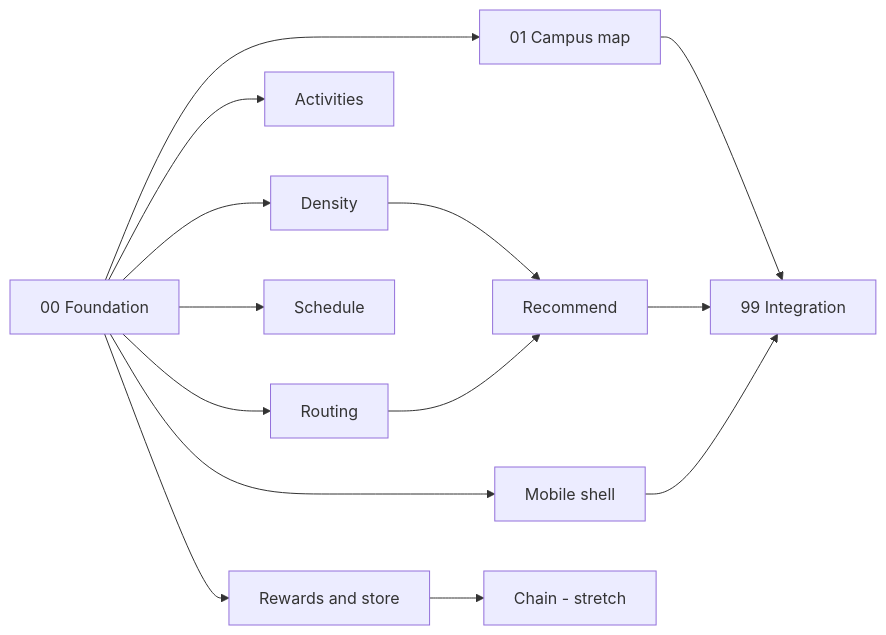
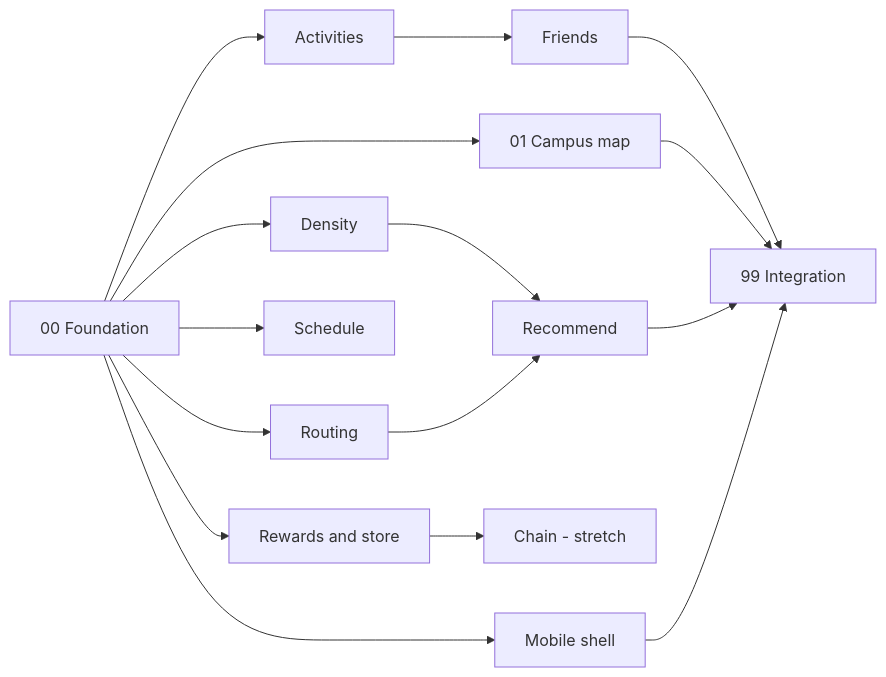
The diagram in docs/plan/README.md (JesseW2158/ZooMap), drawn with Mermaid before and after one commit. The commit also changed other lines of this file and 1 other file, not shown here.

Commit message:
docs(plan): add the friends workstream brief
ws-friends.md: profiles (Google photo, pronouns, phone, contact email, social
handles turned into links by the server), QR friend codes that open
/add/<code> and make a mutual friendship, a friends list with no way to
discover new people, and inviting friends to activities through the
existing join. Lists the contract and index changes, Done-when tests, and
three open questions (QR library, contact visibility, photo uploads).
README.md: friends row in the workstream table and the dependency chart.

````diff
--- a/docs/plan/README.md
+++ b/docs/plan/README.md
@@ -73,16 +73,18 @@
 ```mermaid
 flowchart LR
   F[00 Foundation] --> C[01 Campus map]
   F --> D[Density]
   F --> A[Activities]
   F --> R[Routing]
   F --> S[Schedule]
   F --> W[Rewards and store]
   F --> M[Mobile shell]
   D --> G[Recommend]
   R --> G
   W --> X[Chain - stretch]
+  A --> FR[Friends]
+  FR --> I
   C --> I[99 Integration]
   G --> I
   M --> I
 ```
````
